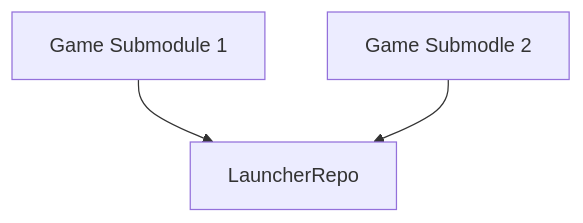
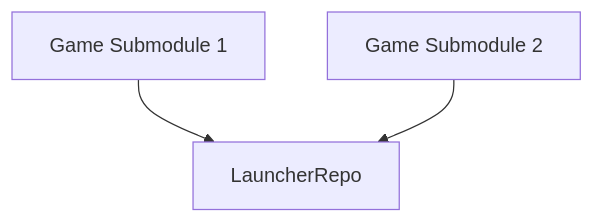
One commit to sibjor/ArcadeMachineApplication changed the diagram in README.md. Above: the diagram before and after it, drawn with Mermaid.

````diff
--- a/README.md
+++ b/README.md
@@ -9,5 +9,5 @@
 ```mermaid
   graph TD;
       A[Game Submodule 1]-->B[LauncherRepo];
-      C[Game Submodle 2]-->B[LauncherRepo];
+      C[Game Submodule 2]-->B[LauncherRepo];
 ```
````
